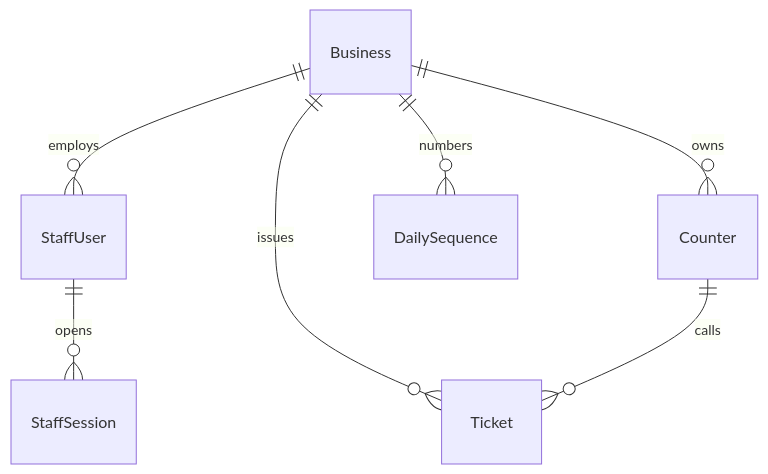
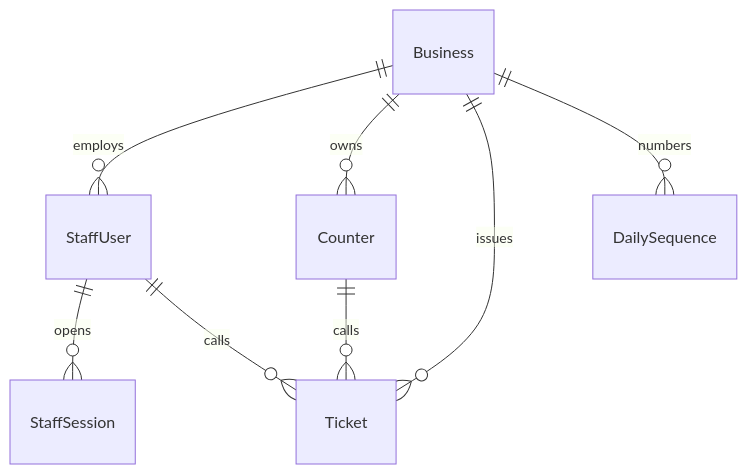
Before and after one commit to aszanky/sistem-antrian-app: the diagram in openspec/changes/add-core-queue-flow/design.md, drawn with Mermaid. The commit also changed other lines of this file and 58 other files, not shown here.

````diff
--- a/openspec/changes/add-core-queue-flow/design.md
+++ b/openspec/changes/add-core-queue-flow/design.md
@@ -30,9 +30,10 @@
 ```mermaid
 erDiagram
   Business ||--o{ StaffUser : employs
   Business ||--o{ Counter : owns
   Business ||--o{ Ticket : issues
   Business ||--o{ DailySequence : numbers
   StaffUser ||--o{ StaffSession : opens
+  StaffUser ||--o{ Ticket : calls
   Counter ||--o{ Ticket : calls
 ```
````
